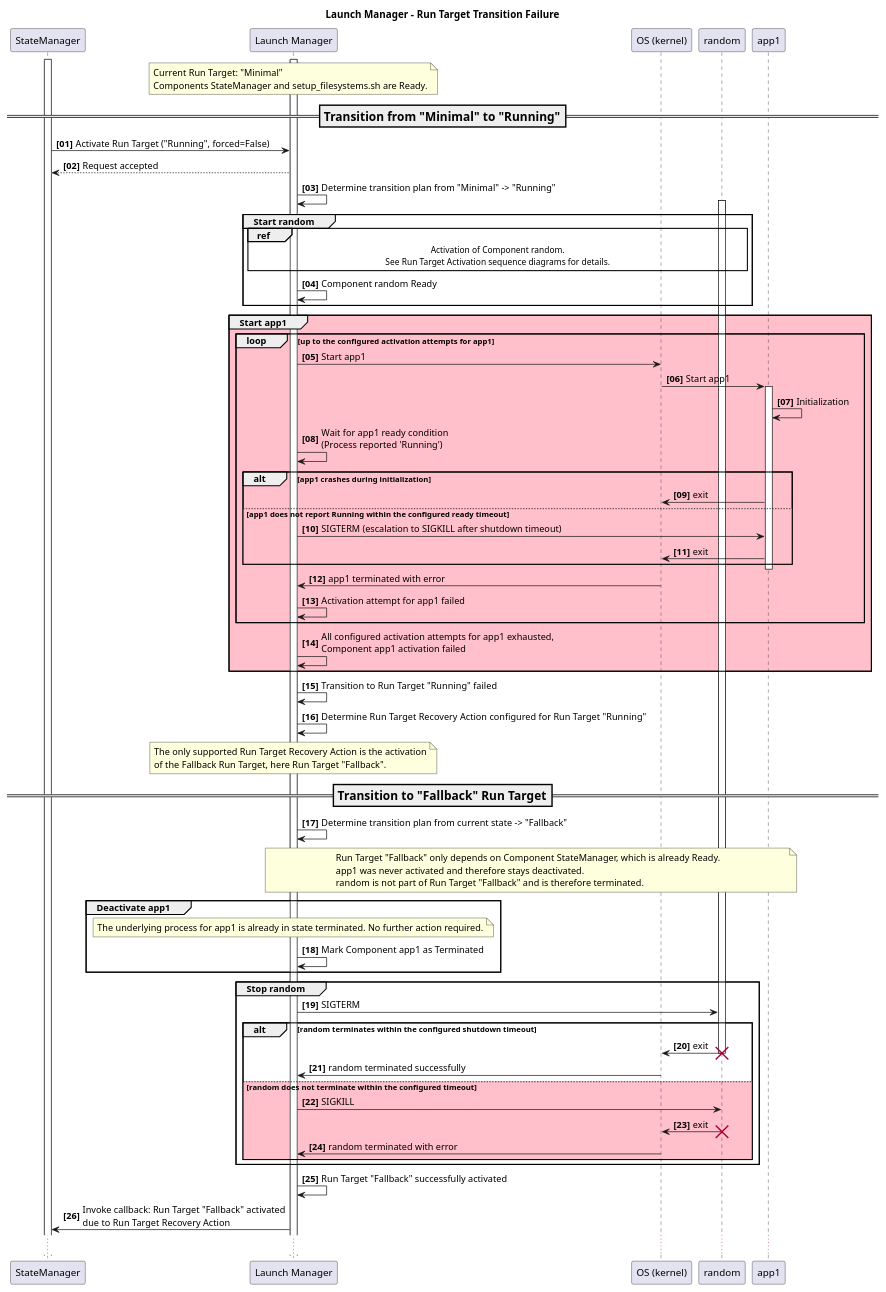
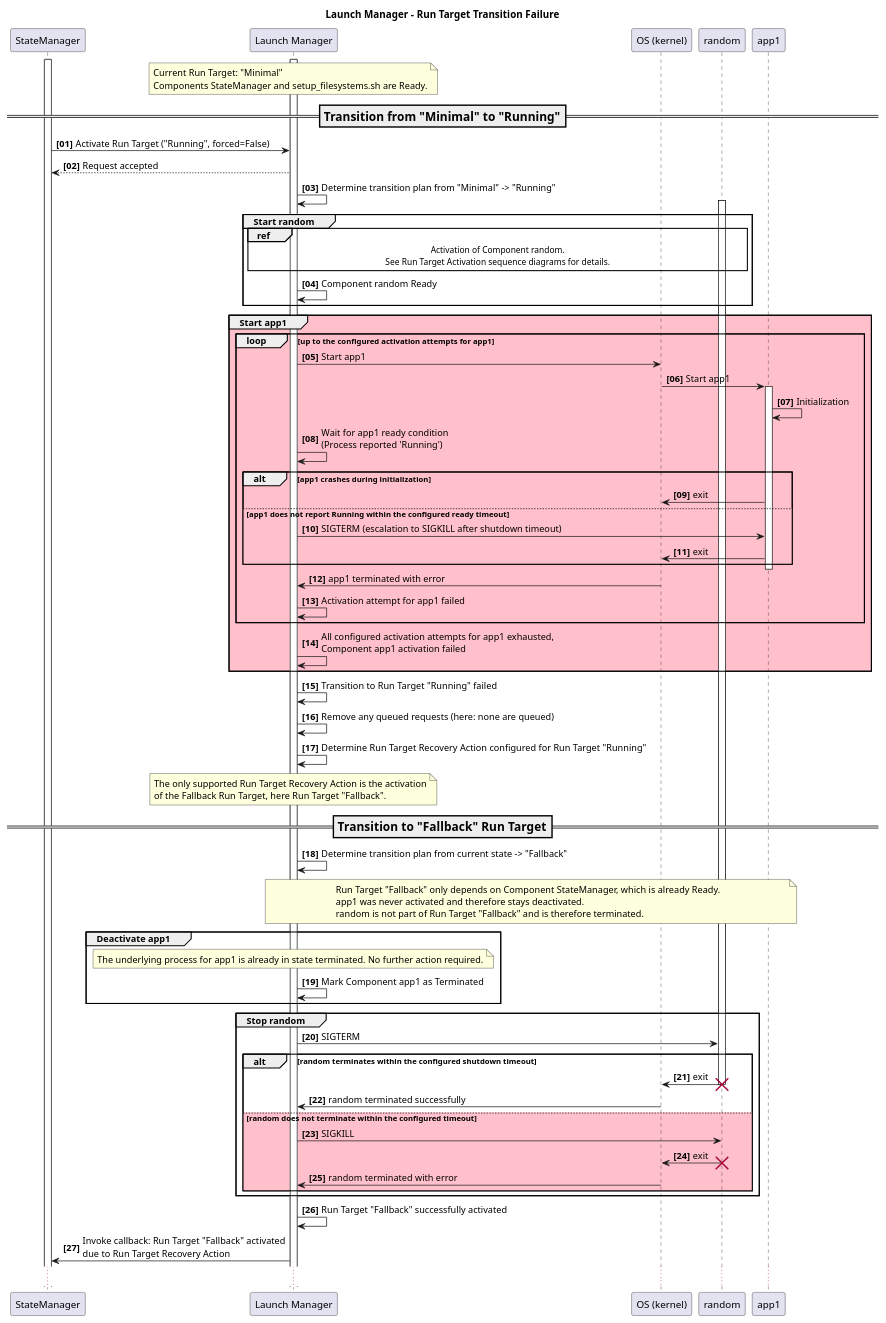
Before and after one commit to eclipse-score/lifecycle: the diagram in docs/features/lifecycle/architecture/_assets/launch_manager_run_target_failure.puml, drawn with PlantUML. The commit also changed 5 other files, not shown here.

Commit message:
Diagram fixes

```diff
--- a/docs/features/lifecycle/architecture/_assets/launch_manager_run_target_failure.puml
+++ b/docs/features/lifecycle/architecture/_assets/launch_manager_run_target_failure.puml
@@ -14,101 +14,102 @@
 @startuml
 title Launch Manager - Run Target Transition Failure
 
 autonumber "<b>[00]"
 
 participant "StateManager" as sm
 participant "Launch Manager" as LM
 participant "OS (kernel)" as kernel
 participant "random" as ran
 participant "app1" as app1
 
 activate LM
 activate sm
 
 note over LM
 Current Run Target: "Minimal"
 Components StateManager and setup_filesystems.sh are Ready.
 end note
 
 === Transition from "Minimal" to "Running" ==
 
 sm -> LM : Activate Run Target ("Running", forced=False)
 LM --> sm : Request accepted
 LM -> LM : Determine transition plan from "Minimal" -> "Running"
 
 group #White Start random
     ref over LM, ran
         Activation of Component random.
         See Run Target Activation sequence diagrams for details.
     end ref
     activate ran
     LM -> LM : Component random Ready
 end group
 
 group #Pink Start app1
     loop up to the configured activation attempts for app1
         LM -> kernel : Start app1
         kernel -> app1 ++ : Start app1
         app1 -> app1 : Initialization
         LM -> LM : Wait for app1 ready condition\n(Process reported 'Running')
 
         alt #Pink app1 crashes during initialization
             app1 -> kernel : exit
         else #Pink app1 does not report Running within the configured ready timeout
             LM -> app1 : SIGTERM (escalation to SIGKILL after shutdown timeout)
             app1 -> kernel : exit
         end alt
 
         deactivate app1
         kernel -> LM : app1 terminated with error
         LM -> LM : Activation attempt for app1 failed
     end loop
 
     LM -> LM : All configured activation attempts for app1 exhausted,\nComponent app1 activation failed
 end group
 
 LM -> LM : Transition to Run Target "Running" failed
+LM -> LM : Remove any queued requests (here: none are queued)
 LM -> LM : Determine Run Target Recovery Action configured for Run Target "Running"
 
 
 note over LM
 The only supported Run Target Recovery Action is the activation
 of the Fallback Run Target, here Run Target "Fallback".
 end note
 
 === Transition to "Fallback" Run Target ==
 
 LM -> LM : Determine transition plan from current state -> "Fallback"
 
 note over LM, app1
 Run Target "Fallback" only depends on Component StateManager, which is already Ready.
 app1 was never activated and therefore stays deactivated.
 random is not part of Run Target "Fallback" and is therefore terminated.
 end note
 
 group #White Deactivate app1
     note over LM
         The underlying process for app1 is already in state terminated. No further action required.
     end note
     LM -> LM : Mark Component app1 as Terminated
 end group
 
 group #White Stop random
     LM -> ran : SIGTERM
     alt random terminates within the configured shutdown timeout
         ran -> kernel : exit
         destroy ran
         kernel -> LM : random terminated successfully
     else #pink random does not terminate within the configured timeout
         LM -> ran : SIGKILL
         ran -> kernel : exit
         destroy ran
         kernel -> LM : random terminated with error
     end alt
 end group
 
 LM -> LM : Run Target "Fallback" successfully activated
 LM -> sm : Invoke callback: Run Target "Fallback" activated\ndue to Run Target Recovery Action
 
 ...
 @enduml
```
